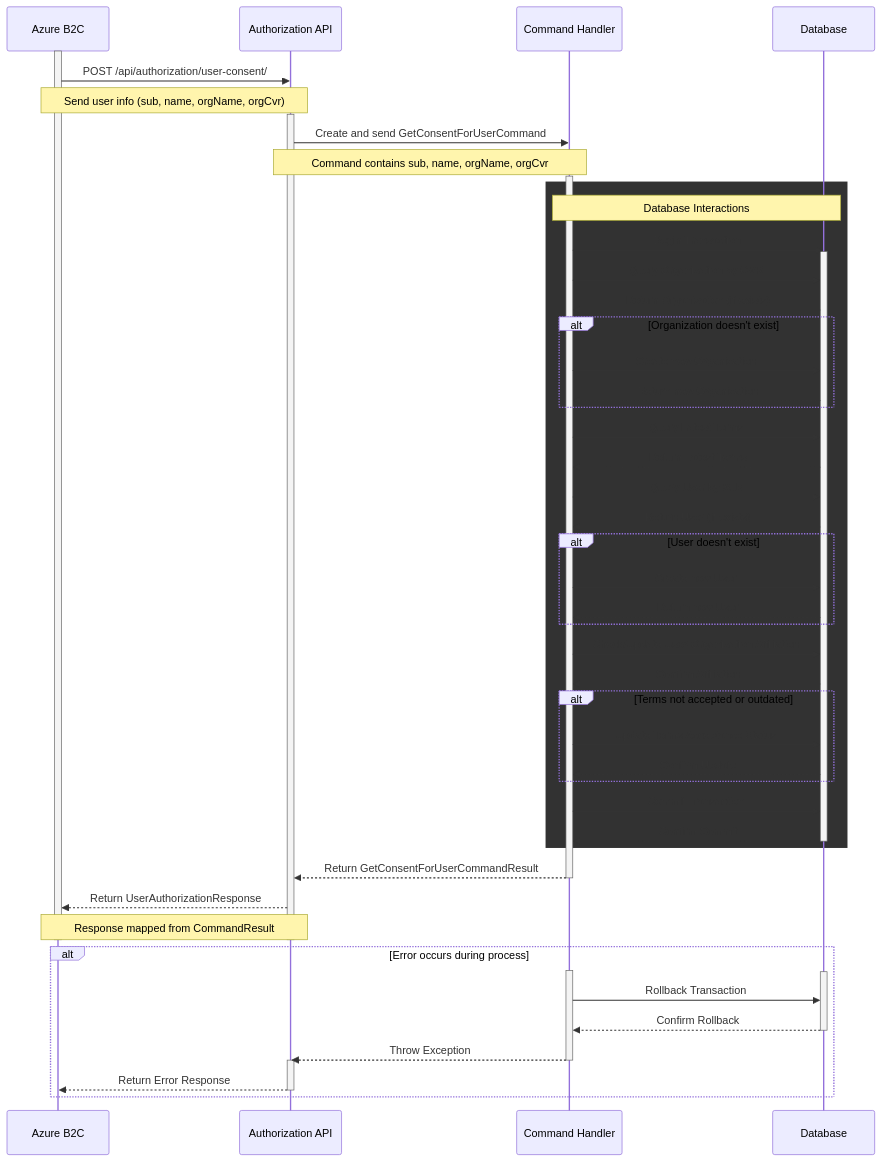
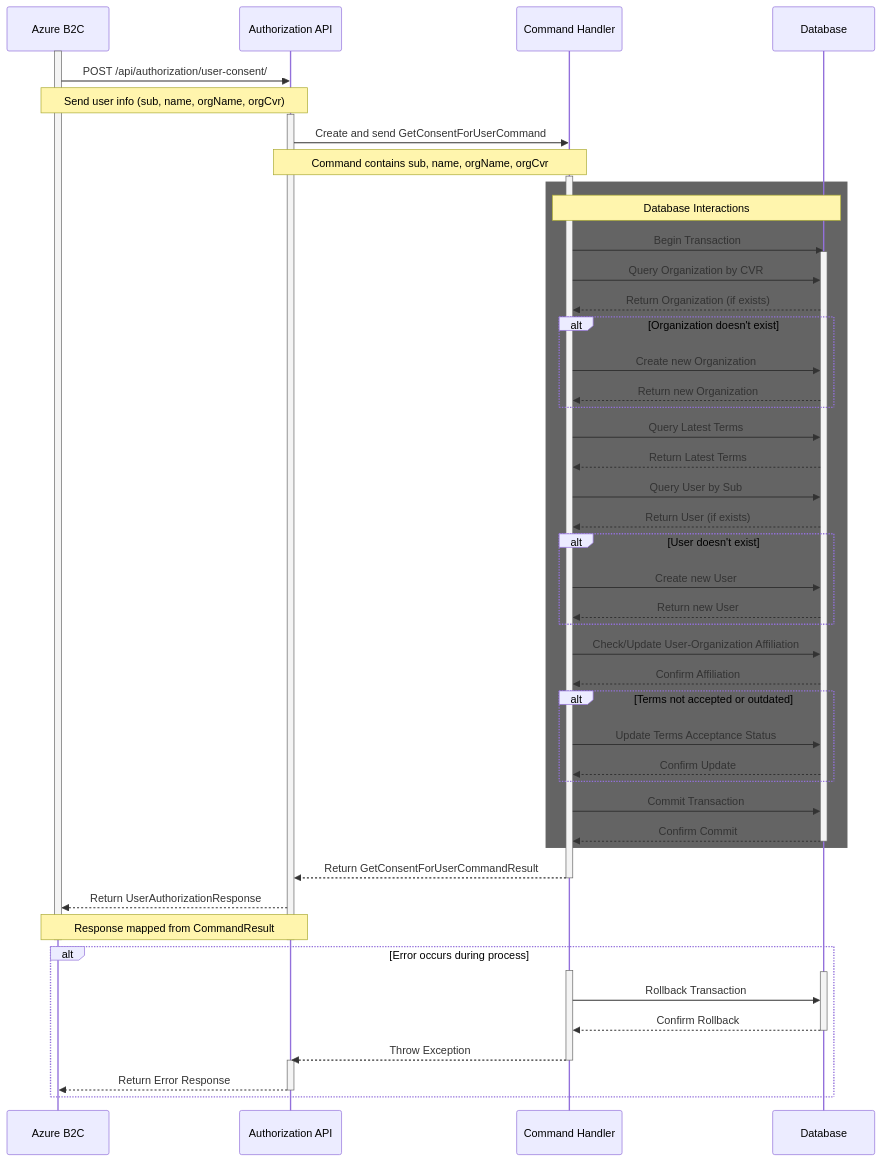
One commit to Energinet-DataHub/energy-origin changed the diagram in doc/architecture/domains/authorization/flows/authorize-user.md. Above: the diagram before and after it, drawn with Mermaid.

Commit message:
change rect color

````diff
--- a/doc/architecture/domains/authorization/flows/authorize-user.md
+++ b/doc/architecture/domains/authorization/flows/authorize-user.md
@@ -13,74 +13,74 @@
 ```mermaid
 sequenceDiagram
     participant B2C as Azure B2C
     participant API as Authorization API
     participant Handler as Command Handler
     participant DB as Database
 
     activate B2C
     B2C->>API: POST /api/authorization/user-consent/
     Note over B2C,API: Send user info (sub, name, orgName, orgCvr)
     activate API
 
     API->>Handler: Create and send GetConsentForUserCommand
     Note over API,Handler: Command contains sub, name, orgName, orgCvr
     activate Handler
 
-    rect rgb(50, 50, 50)
+    rect rgb(100, 100, 100)
         Note over Handler, DB: Database Interactions
         Handler->>DB: Begin Transaction
         activate DB
 
         Handler->>DB: Query Organization by CVR
         DB-->>Handler: Return Organization (if exists)
 
         alt Organization doesn't exist
             Handler->>DB: Create new Organization
             DB-->>Handler: Return new Organization
         end
 
         Handler->>DB: Query Latest Terms
         DB-->>Handler: Return Latest Terms
 
         Handler->>DB: Query User by Sub
         DB-->>Handler: Return User (if exists)
 
         alt User doesn't exist
             Handler->>DB: Create new User
             DB-->>Handler: Return new User
         end
 
         Handler->>DB: Check/Update User-Organization Affiliation
         DB-->>Handler: Confirm Affiliation
 
         alt Terms not accepted or outdated
             Handler->>DB: Update Terms Acceptance Status
             DB-->>Handler: Confirm Update
         end
 
         Handler->>DB: Commit Transaction
         DB-->>Handler: Confirm Commit
         deactivate DB
     end
 
     Handler-->>API: Return GetConsentForUserCommandResult
     deactivate Handler
 
     API-->>B2C: Return UserAuthorizationResponse
     Note over API,B2C: Response mapped from CommandResult
     deactivate API
     deactivate B2C
 
     alt Error occurs during process
         activate Handler
         activate DB
         Handler->>DB: Rollback Transaction
         DB-->>Handler: Confirm Rollback
         deactivate DB
         Handler-->>API: Throw Exception
         deactivate Handler
         activate API
         API-->>B2C: Return Error Response
         deactivate API
     end
 ```
````
